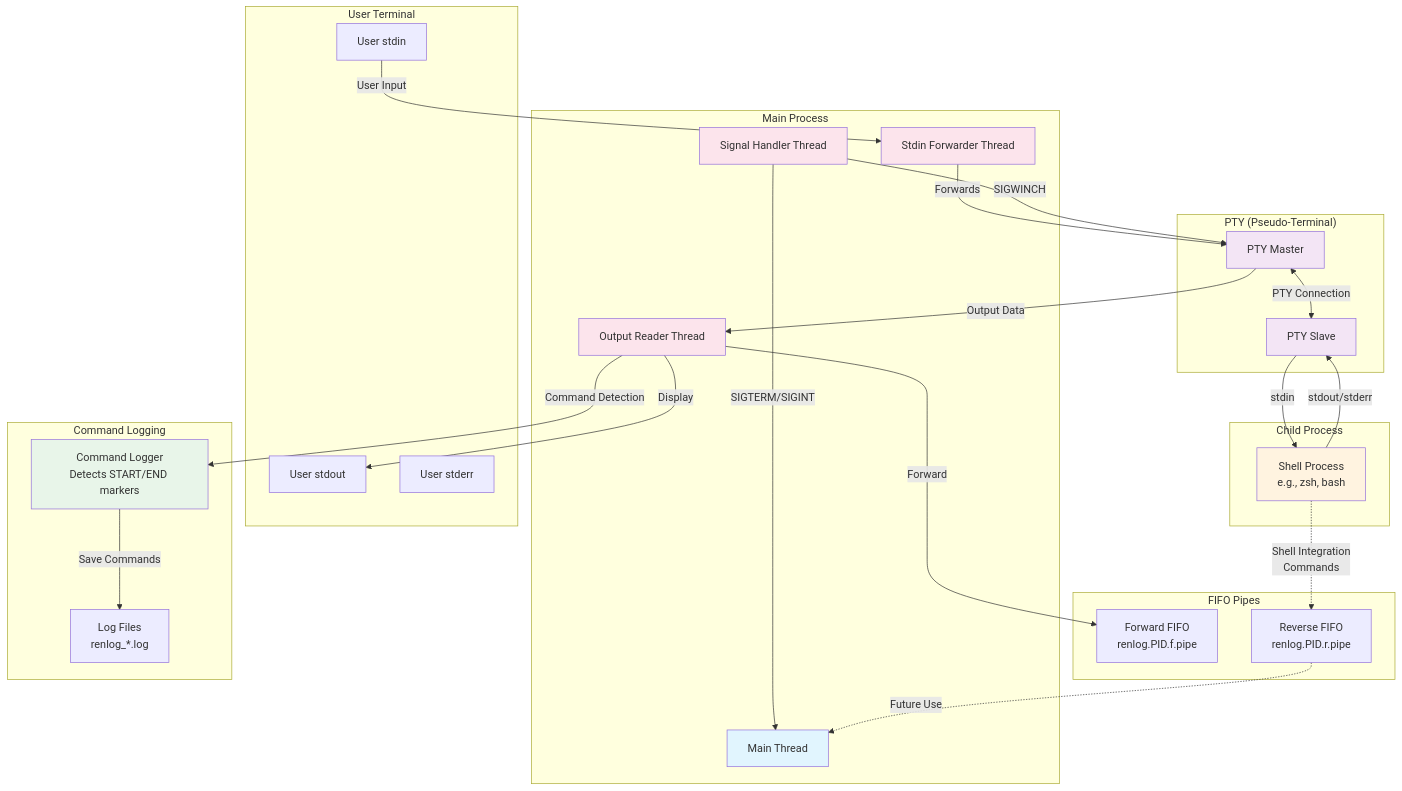
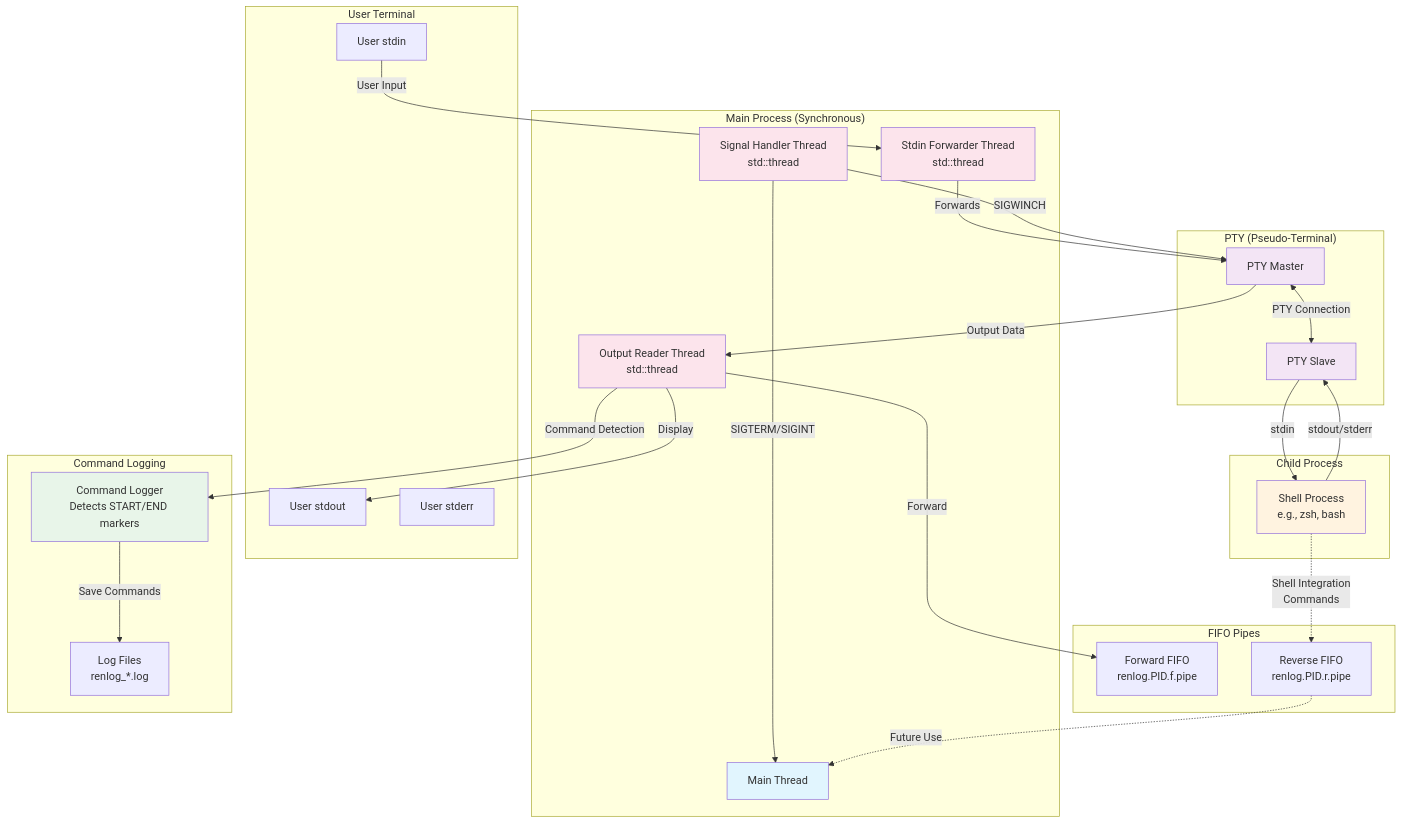
The diagram in README.md (akawashiro/renlog), drawn with Mermaid before and after one commit. The commit also changed other lines of this file, not shown here.

First line of the commit message:
Update README architecture diagram to reflect synchronous implementation

````diff
--- a/README.md
+++ b/README.md
@@ -7,67 +7,67 @@
 ```mermaid
 graph TB
-    subgraph "Main Process"
+    subgraph "Main Process (Synchronous)"
         MP[Main Thread]
-        SH[Signal Handler Thread]
-        ST[Stdin Forwarder Thread]
-        OT[Output Reader Thread]
+        SH[Signal Handler Thread<br/>std::thread]
+        ST[Stdin Forwarder Thread<br/>std::thread]
+        OT[Output Reader Thread<br/>std::thread]
     end
     
     subgraph "PTY (Pseudo-Terminal)"
         PM[PTY Master]
         PS[PTY Slave]
     end
     
     subgraph "Child Process"
         SHELL[Shell Process<br/>e.g., zsh, bash]
     end
     
     subgraph "User Terminal"
         STDIN[User stdin]
         STDOUT[User stdout]
         STDERR[User stderr]
     end
     
     subgraph "FIFO Pipes"
         FF[Forward FIFO<br/>renlog.PID.f.pipe]
         RF[Reverse FIFO<br/>renlog.PID.r.pipe]
     end
     
     subgraph "Command Logging"
         CL[Command Logger<br/>Detects START/END markers]
         LF[Log Files<br/>renlog_*.log]
     end
     
     %% User input flow
     STDIN -->|User Input| ST
     ST -->|Forwards| PM
     PM <-->|PTY Connection| PS
     
     %% Shell I/O
     PS -->|stdin| SHELL
     SHELL -->|stdout/stderr| PS
     
     %% Output flow
     PM -->|Output Data| OT
     OT -->|Display| STDOUT
     OT -->|Forward| FF
     OT -->|Command Detection| CL
     CL -->|Save Commands| LF
     
     %% Signal handling
     SH -->|SIGWINCH| PM
     SH -->|SIGTERM/SIGINT| MP
     
     %% Shell integration
     SHELL -.->|Shell Integration<br/>Commands| RF
     RF -.->|Future Use| MP
     
     style MP fill:#e1f5fe
     style SHELL fill:#fff3e0
     style PM fill:#f3e5f5
     style PS fill:#f3e5f5
     style CL fill:#e8f5e9
     style SH fill:#fce4ec
     style ST fill:#fce4ec
     style OT fill:#fce4ec
 ```
````
